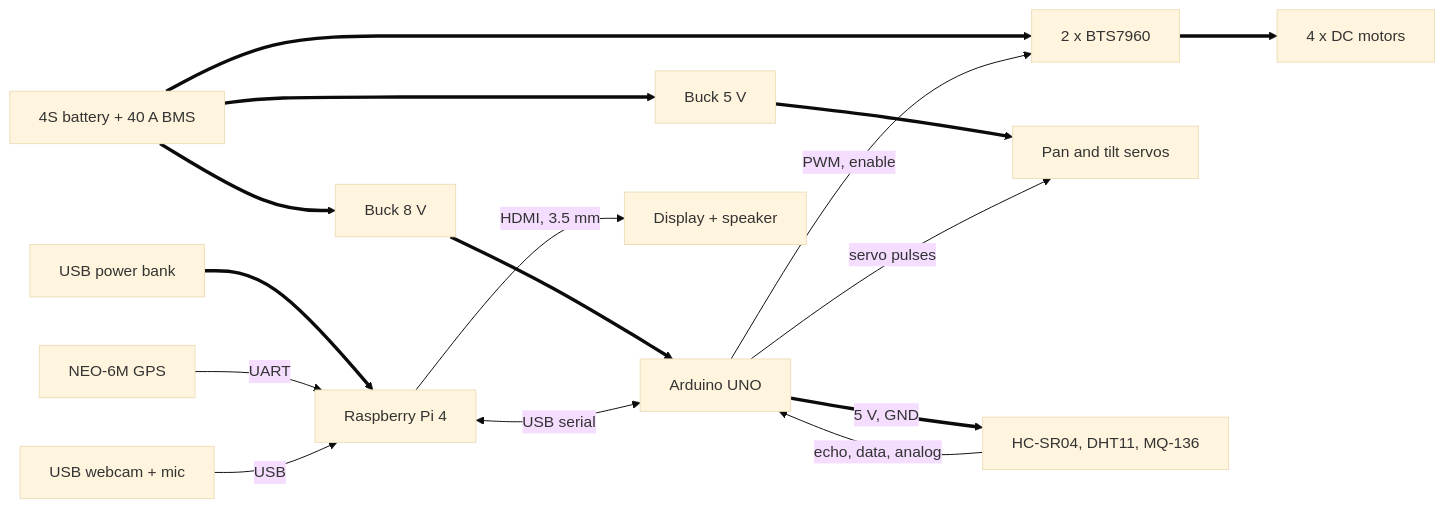
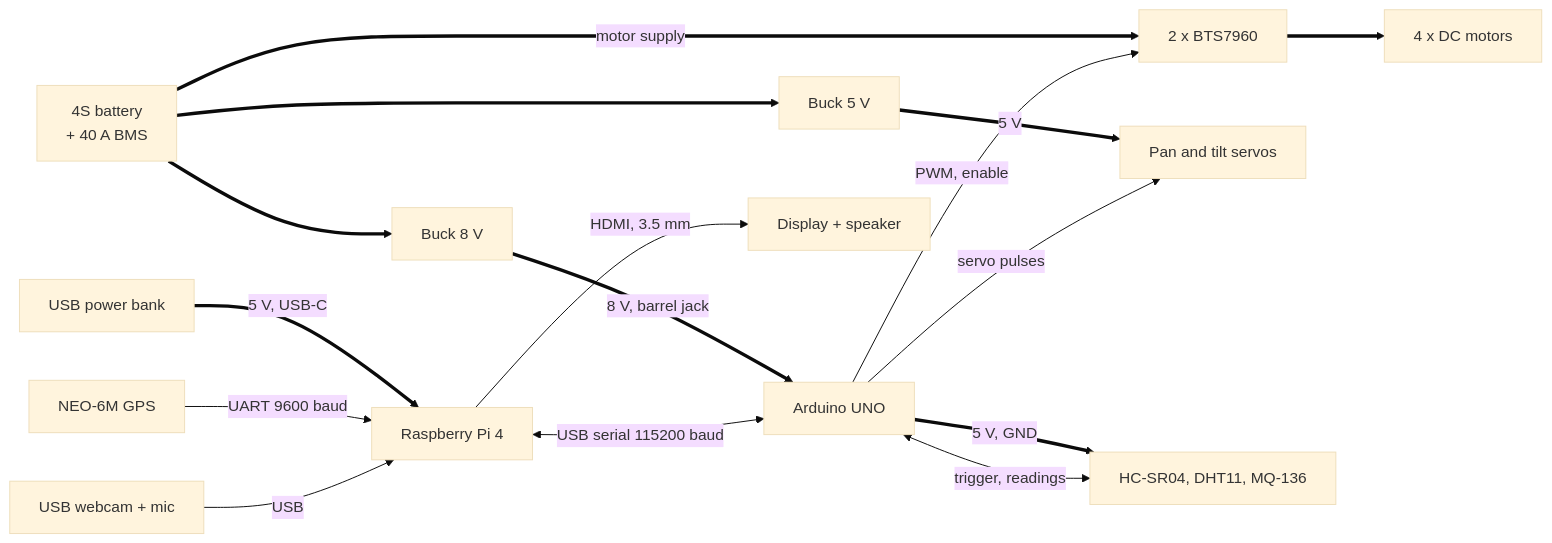
The third of 21 diagrams in research paper/section3_methodology.md (baiust999/robort-code-from-pi), drawn with Mermaid (base theme) before and after one commit. The commit also changed other lines of this file, not shown here.

````diff
--- a/research paper/section3_methodology.md
+++ b/research paper/section3_methodology.md
@@ -113,15 +113,33 @@
 ```mermaid
 flowchart LR
-  BAT["4S battery + 40 A BMS"] ==> DRV["2 x BTS7960"] ==> MOT["4 x DC motors"]
-  BAT ==> B5["Buck 5 V"] ==> SV["Pan and tilt servos"]
-  BAT ==> B8["Buck 8 V"] ==> UNO["Arduino UNO"]
-  UNO == "5 V, GND" ==> SEN["HC-SR04, DHT11, MQ-136"]
-  PB["USB power bank"] ==> PI["Raspberry Pi 4"]
+  BAT["4S battery<br/>+ 40 A BMS"]
+  PB["USB power bank"]
+  GPS["NEO-6M GPS"]
+  CAM["USB webcam + mic"]
+  B8["Buck 8 V"]
+  B5["Buck 5 V"]
+  PI["Raspberry Pi 4"]
+  UNO["Arduino UNO"]
+  SCR["Display + speaker"]
+  DRV["2 x BTS7960"]
+  SV["Pan and tilt servos"]
+  SEN["HC-SR04, DHT11, MQ-136"]
+  MOT["4 x DC motors"]
+
+  BAT ==> B8
+  BAT ==> B5
+  BAT == "motor supply" ==> DRV
+  B8 == "8 V, barrel jack" ==> UNO
+  B5 == "5 V" ==> SV
+  UNO == "5 V, GND" ==> SEN
+  PB == "5 V, USB-C" ==> PI
+  DRV ==> MOT
+
+  GPS -- "UART 9600 baud" --> PI
+  CAM -- "USB" --> PI
+  PI -- "HDMI, 3.5 mm" --> SCR
+  PI <-- "USB serial 115200 baud" --> UNO
   UNO -- "PWM, enable" --> DRV
   UNO -- "servo pulses" --> SV
-  SEN -- "echo, data, analog" --> UNO
-  PI <-- "USB serial" --> UNO
-  GPS["NEO-6M GPS"] -- "UART" --> PI
-  CAM["USB webcam + mic"] -- "USB" --> PI
-  PI -- "HDMI, 3.5 mm" --> SCR["Display + speaker"]
+  UNO <-- "trigger, readings" --> SEN
 ```
````
